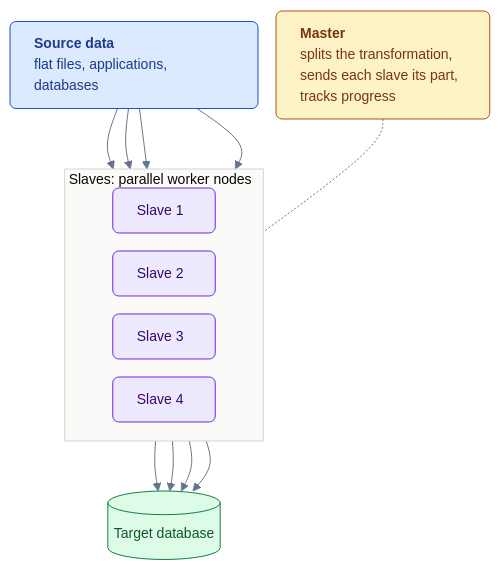
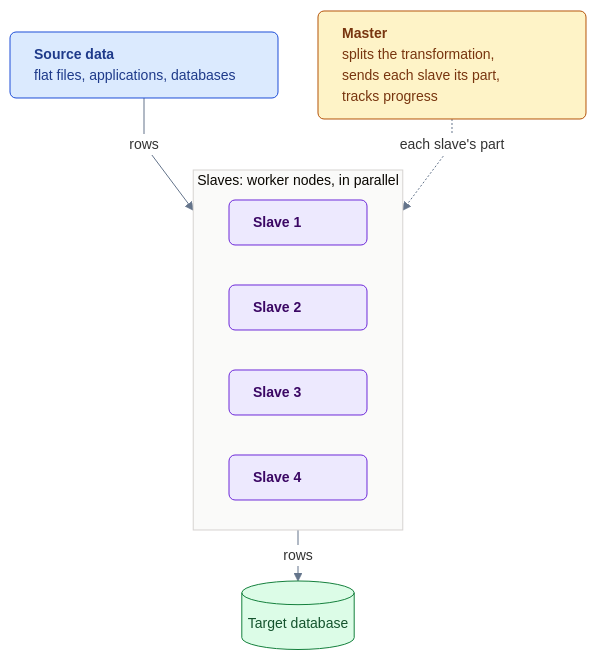
Before and after one commit to jporeilly/Pentaho-Courses: the diagram in developer-di-practitioner/_assets/diagrams/carte-cluster.mmd, drawn with Mermaid. The commit also changed 5 other files, not shown here.

```diff
--- a/developer-di-practitioner/_assets/diagrams/carte-cluster.mmd
+++ b/developer-di-practitioner/_assets/diagrams/carte-cluster.mmd
@@ -1,28 +1,19 @@
-%%{init: {"theme":"base","themeVariables":{"fontFamily":"Segoe UI, Helvetica, Arial, sans-serif","fontSize":"14px","lineColor":"#64748b","clusterBkg":"#fafaf9","clusterBorder":"#d6d3d1","edgeLabelBackground":"#ffffff"},"flowchart":{"curve":"basis","nodeSpacing":18,"rankSpacing":50,"padding":12,"htmlLabels":true}}}%%
+%%{init: {"theme":"base","themeVariables":{"fontFamily":"Segoe UI, Helvetica, Arial, sans-serif","fontSize":"14px","lineColor":"#64748b","clusterBkg":"#fafaf9","clusterBorder":"#d6d3d1","edgeLabelBackground":"#ffffff"},"flowchart":{"curve":"linear","nodeSpacing":40,"rankSpacing":30,"padding":12,"htmlLabels":true}}}%%
 flowchart TB
   classDef input fill:#dbeafe,stroke:#1d4ed8,color:#1e3a8a,text-align:left,rx:6,ry:6
   classDef enrich fill:#ede9fe,stroke:#6d28d9,color:#3b0764,text-align:left,rx:6,ry:6
-  classDef join fill:#ccfbf1,stroke:#0f766e,color:#134e4a,text-align:left,rx:6,ry:6
   classDef output fill:#dcfce7,stroke:#15803d,color:#14532d,text-align:left,rx:6,ry:6
   classDef check fill:#fef3c7,stroke:#b45309,color:#78350f,text-align:left,rx:6,ry:6
-  classDef reject fill:#fee2e2,stroke:#b91c1c,color:#7f1d1d,text-align:left,rx:6,ry:6
-  classDef off fill:#f5f5f4,stroke:#a8a29e,color:#78716c,text-align:left,rx:6,ry:6
-  SRC["<b>Source data</b>&nbsp;&nbsp;<br/>flat files, applications, databases&nbsp;&nbsp;"]:::input
-  M["<b>Master</b>&nbsp;&nbsp;<br/>splits the transformation,&nbsp;&nbsp;<br/>sends each slave its part,&nbsp;&nbsp;<br/>tracks progress&nbsp;&nbsp;"]:::check
-  subgraph SL["Slaves: parallel worker nodes&nbsp;&nbsp;"]
+  SRC["<div style='width:220px'><b>Source data</b><br/>flat files, applications, databases</div>"]:::input
+  M["<div style='width:220px'><b>Master</b><br/>splits the transformation,<br/>sends each slave its part,<br/>tracks progress</div>"]:::check
+  subgraph SL["Slaves: worker nodes, in parallel"]
     direction LR
-    S1["Slave 1&nbsp;&nbsp;"]:::enrich
-    S2["Slave 2&nbsp;&nbsp;"]:::enrich
-    S3["Slave 3&nbsp;&nbsp;"]:::enrich
-    S4["Slave 4&nbsp;&nbsp;"]:::enrich
+    S1["<div style='width:90px'><b>Slave 1</b></div>"]:::enrich
+    S2["<div style='width:90px'><b>Slave 2</b></div>"]:::enrich
+    S3["<div style='width:90px'><b>Slave 3</b></div>"]:::enrich
+    S4["<div style='width:90px'><b>Slave 4</b></div>"]:::enrich
   end
   T[("Target database")]:::output
-  SRC --> S1
-  SRC --> S2
-  SRC --> S3
-  SRC --> S4
-  M -.- SL
-  S1 --> T
-  S2 --> T
-  S3 --> T
-  S4 --> T
+  SRC -->|"rows"| SL
+  M -.->|"each slave's part"| SL
+  SL -->|"rows"| T
```
